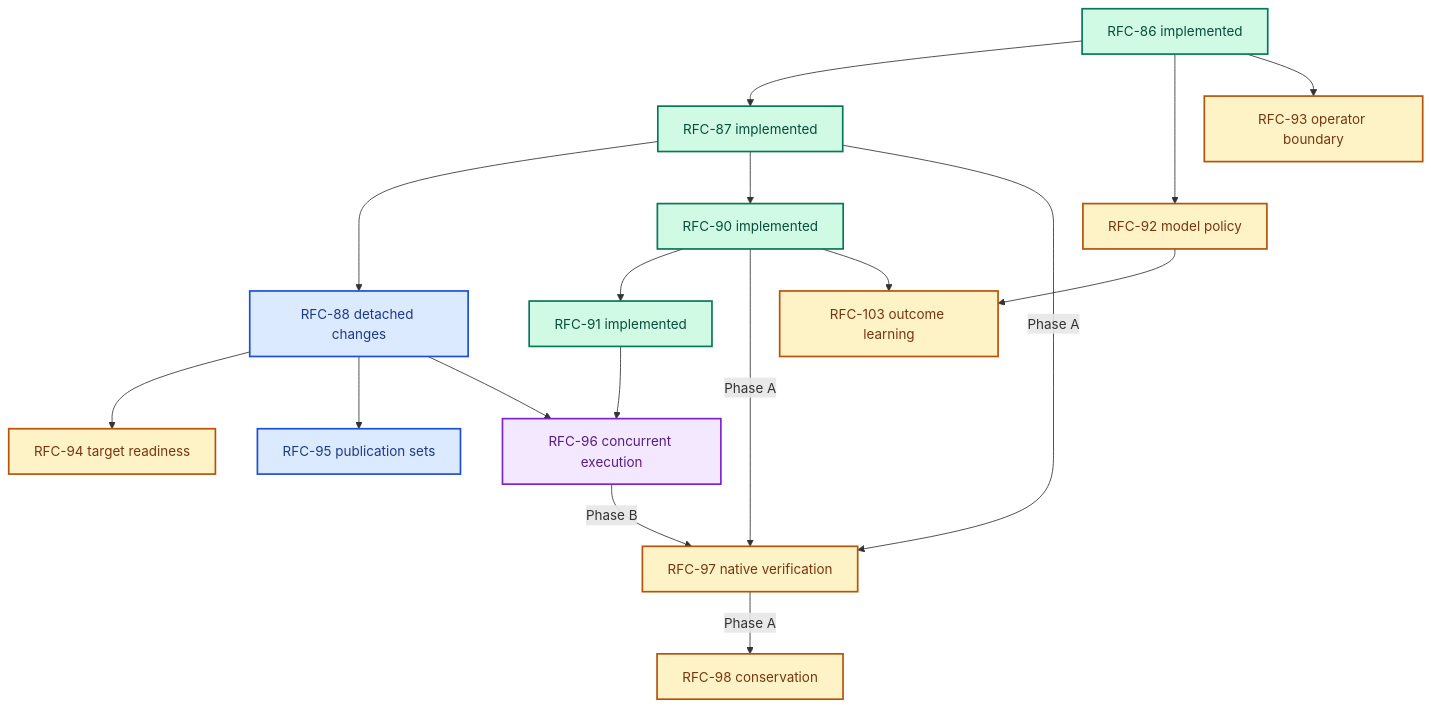
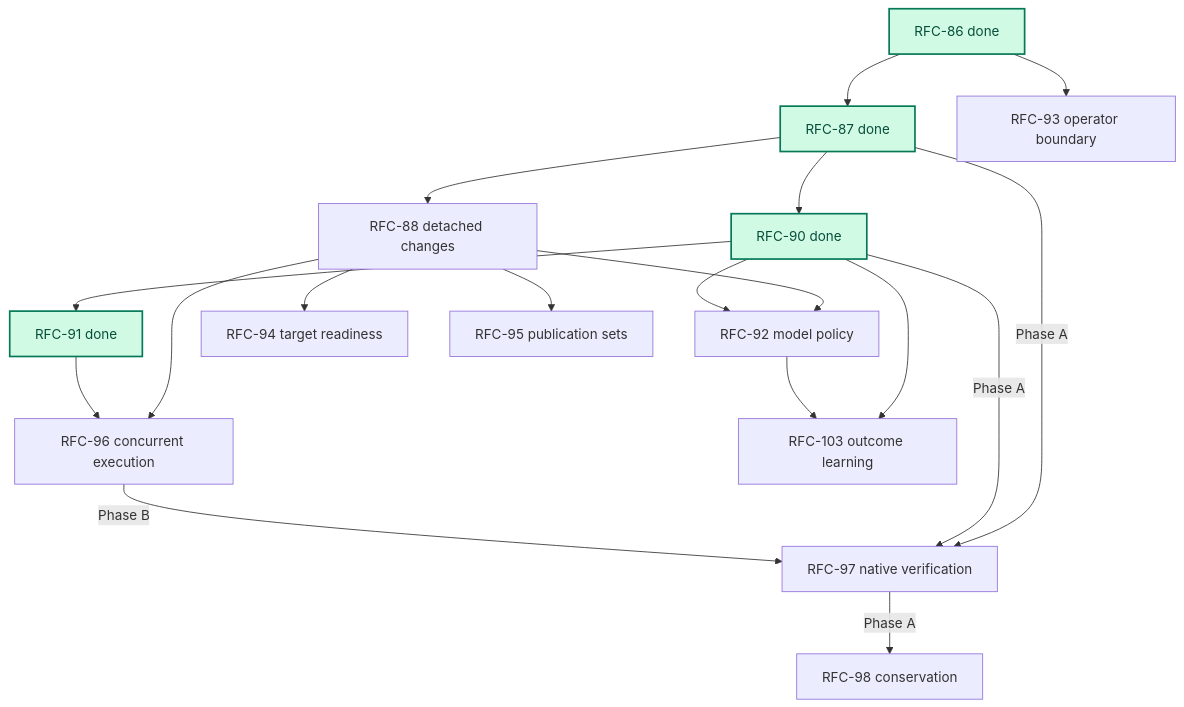
Before and after one commit to augentic/anvil: the diagram in rfcs/platform.md, drawn with Mermaid. The commit also changed other lines of this file and 13 other files, not shown here.

````diff
--- a/rfcs/platform.md
+++ b/rfcs/platform.md
@@ -38,28 +38,23 @@
 ```mermaid
 flowchart TD
-    R86[RFC-86 implemented] --> R87[RFC-87 implemented]
-    R86 --> R92[RFC-92 model policy]
+    R86[RFC-86 done] --> R87[RFC-87 done]
     R86 --> R93[RFC-93 operator boundary]
     R87 --> R88[RFC-88 detached changes]
-    R87 --> R90[RFC-90 implemented]
-    R90 --> R91[RFC-91 implemented]
+    R87 --> R90[RFC-90 done]
+    R90 --> R91[RFC-91 done]
     R87 -->|Phase A| R97[RFC-97 native verification]
     R90 -->|Phase A| R97
+    R88 --> R92[RFC-92 model policy]
+    R90 --> R92
     R88 --> R94[RFC-94 target readiness]
     R88 --> R95[RFC-95 publication sets]
     R88 --> R96[RFC-96 concurrent execution]
     R91 --> R96
     R96 -->|Phase B| R97
     R97 -->|Phase A| R98[RFC-98 conservation]
     R90 --> R103[RFC-103 outcome learning]
     R92 --> R103
 
-    classDef implemented fill:#d1fae5,stroke:#047857,color:#064e3b,stroke-width:2px
-    classDef evidence fill:#fef3c7,stroke:#b45309,color:#78350f,stroke-width:2px
-    classDef product fill:#dbeafe,stroke:#1d4ed8,color:#1e3a8a,stroke-width:2px
-    classDef scale fill:#f3e8ff,stroke:#7e22ce,color:#581c87,stroke-width:2px
-    class R86,R87,R90,R91 implemented
-    class R92,R93,R94,R97,R98,R103 evidence
-    class R88,R95 product
-    class R96 scale
+    classDef done fill:#d1fae5,stroke:#047857,color:#064e3b,stroke-width:2px
+    class R86,R87,R90,R91 done
 ```
````
